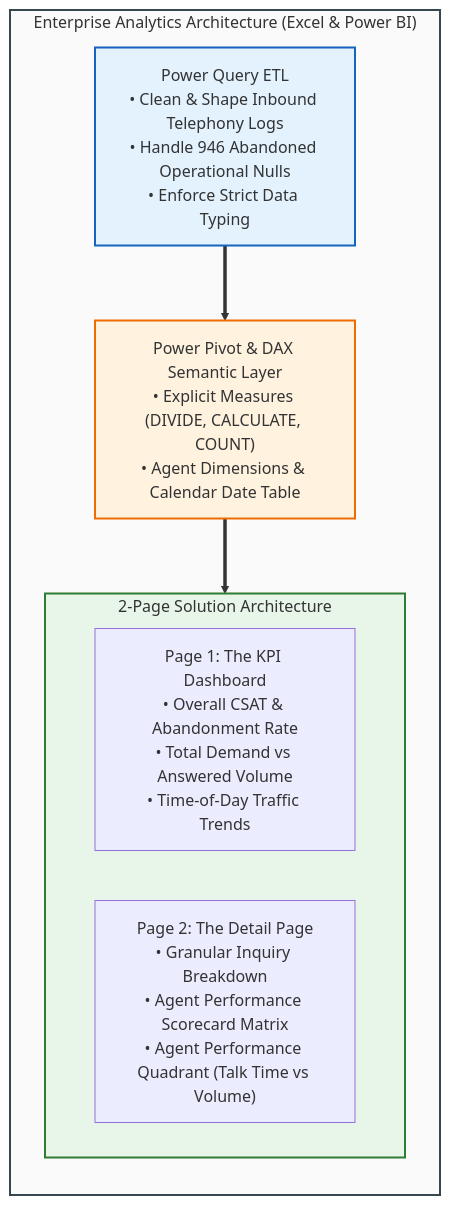
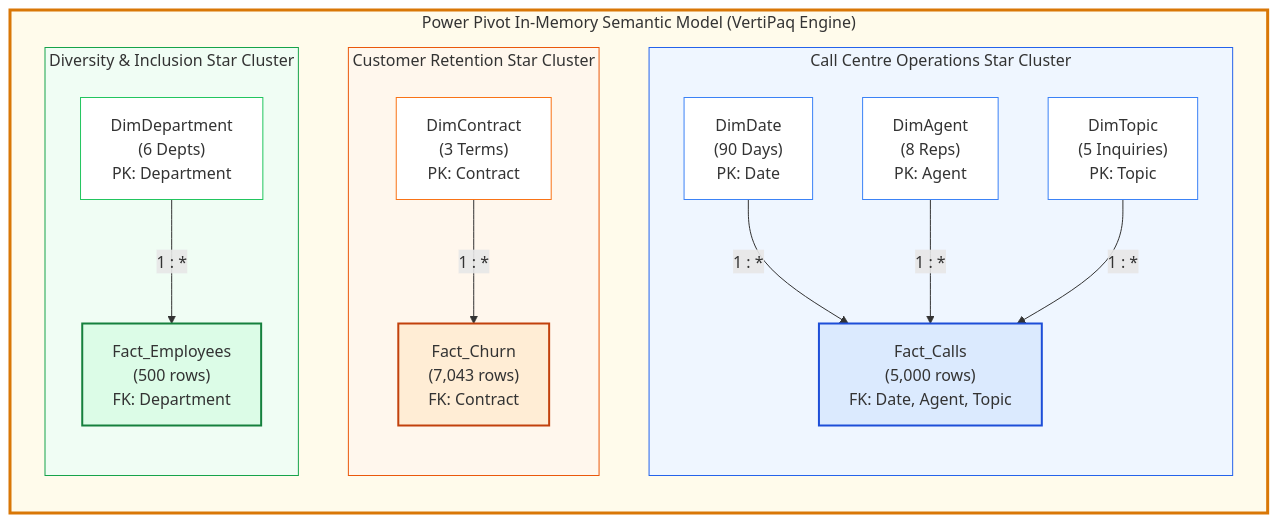
The second of 2 diagrams in 06_Projects/Call Center Performance Analysis/Project Overview.md (Sohila-Khaled-Abbas/COURSE-EXCEL-ZERO-TO-HERO), drawn with Mermaid before and after one commit. The commit also changed other lines of this file and 11 other files, not shown here.

Commit message:
feat(pwc-capstone): integrate full 3-dataset Galaxy Schema into project documentation suite

````diff
--- a/06_Projects/Call Center Performance Analysis/Project Overview.md
+++ b/06_Projects/Call Center Performance Analysis/Project Overview.md
@@ -77,22 +78,49 @@
 ```mermaid
 flowchart TD
-    subgraph WB ["Enterprise Analytics Architecture (Excel & Power BI)"]
+    subgraph VertiPaq ["Power Pivot In-Memory Semantic Model (VertiPaq Engine)"]
         direction TB
-        PQ["Power Query ETL\n• Clean & Shape Inbound Telephony Logs\n• Handle 946 Abandoned Operational Nulls\n• Enforce Strict Data Typing"]
-        PP["Power Pivot & DAX Semantic Layer\n• Explicit Measures (DIVIDE, CALCULATE, COUNT)\n• Agent Dimensions & Calendar Date Table"]
         
-        subgraph PAGES ["2-Page Solution Architecture"]
-            direction LR
-            P1["Page 1: The KPI Dashboard\n• Overall CSAT & Abandonment Rate\n• Total Demand vs Answered Volume\n• Time-of-Day Traffic Trends"]
-            P2["Page 2: The Detail Page\n• Granular Inquiry Breakdown\n• Agent Performance Scorecard Matrix\n• Agent Performance Quadrant (Talk Time vs Volume)"]
+        subgraph Cluster1 ["Call Centre Operations Star Cluster"]
+            direction TB
+            DimDate["DimDate\n(90 Days)\nPK: Date"]
+            DimAgent["DimAgent\n(8 Reps)\nPK: Agent"]
+            DimTopic["DimTopic\n(5 Inquiries)\nPK: Topic"]
+            Fact_Calls["Fact_Calls\n(5,000 rows)\nFK: Date, Agent, Topic"]
+            
+            DimDate -->|1 : *| Fact_Calls
+            DimAgent -->|1 : *| Fact_Calls
+            DimTopic -->|1 : *| Fact_Calls
         end
-        
-        PQ ==> PP
-        PP ==> PAGES
+
+        subgraph Cluster2 ["Customer Retention Star Cluster"]
+            direction TB
+            DimContract["DimContract\n(3 Terms)\nPK: Contract"]
+            Fact_Churn["Fact_Churn\n(7,043 rows)\nFK: Contract"]
+            
+            DimContract -->|1 : *| Fact_Churn
+        end
+
+        subgraph Cluster3 ["Diversity & Inclusion Star Cluster"]
+            direction TB
+            DimDepartment["DimDepartment\n(6 Depts)\nPK: Department"]
+            Fact_Employees["Fact_Employees\n(500 rows)\nFK: Department"]
+            
+            DimDepartment -->|1 : *| Fact_Employees
+        end
     end
 
-    style WB fill:#fafafa,stroke:#37474f,stroke-width:2px
-    style PQ fill:#e3f2fd,stroke:#1565c0,stroke-width:2px
-    style PP fill:#fff3e0,stroke:#ef6c00,stroke-width:2px
-    style PAGES fill:#e8f5e9,stroke:#2e7d32,stroke-width:2px
+    style VertiPaq fill:#fffbeb,stroke:#d97706,stroke-width:3px
+    style Cluster1 fill:#eff6ff,stroke:#2563eb,stroke-width:1px
+    style Cluster2 fill:#fff7ed,stroke:#ea580c,stroke-width:1px
+    style Cluster3 fill:#f0fdf4,stroke:#16a34a,stroke-width:1px
+    
+    style Fact_Calls fill:#dbeafe,stroke:#1d4ed8,stroke-width:2px
+    style Fact_Churn fill:#ffedd5,stroke:#c2410c,stroke-width:2px
+    style Fact_Employees fill:#dcfce7,stroke:#15803d,stroke-width:2px
+    
+    style DimDate fill:#ffffff,stroke:#3b82f6,stroke-width:1px
+    style DimAgent fill:#ffffff,stroke:#3b82f6,stroke-width:1px
+    style DimTopic fill:#ffffff,stroke:#3b82f6,stroke-width:1px
+    style DimContract fill:#ffffff,stroke:#f97316,stroke-width:1px
+    style DimDepartment fill:#ffffff,stroke:#22c55e,stroke-width:1px
 ```
````
